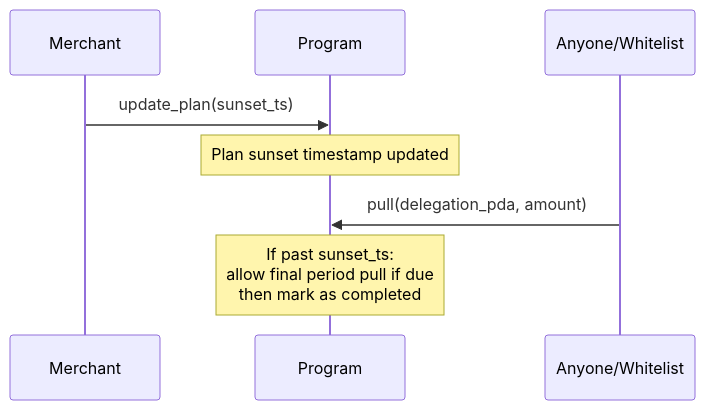
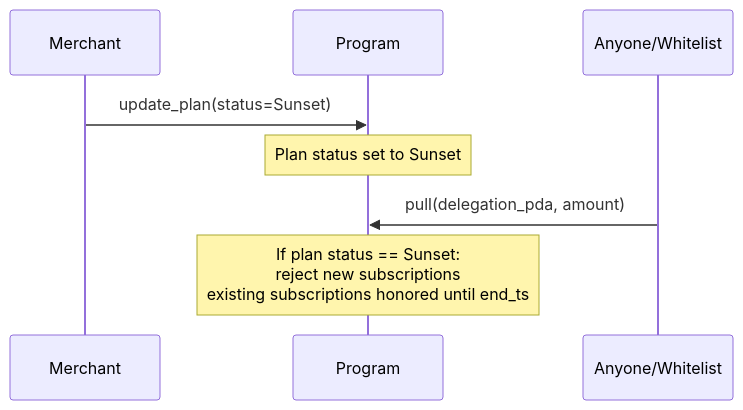
The sixth of 6 diagrams in docs/002-subscriptions-architecture.md (solana-program/multi-delegator), drawn with Mermaid before and after one commit. The commit also changed other lines of this file and 11 other files, not shown here.

````diff
--- a/docs/002-subscriptions-architecture.md
+++ b/docs/002-subscriptions-architecture.md
@@ -441,12 +432,12 @@
 ```mermaid
 sequenceDiagram
     participant M as Merchant
     participant P as Program
     participant X as Anyone/Whitelist
 
-    M->>P: update_plan(sunset_ts)
-    Note over P: Plan sunset timestamp updated
+    M->>P: update_plan(status=Sunset)
+    Note over P: Plan status set to Sunset
 
     X->>P: pull(delegation_pda, amount)
-    Note over P: If past sunset_ts:<br/>allow final period pull if due<br/>then mark as completed
+    Note over P: If plan status == Sunset:<br/>reject new subscriptions<br/>existing subscriptions honored until end_ts
 ```
````
